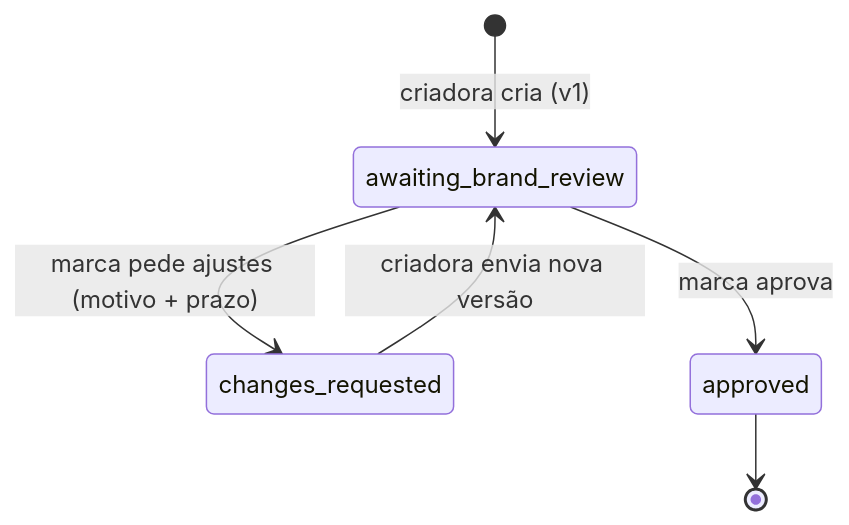
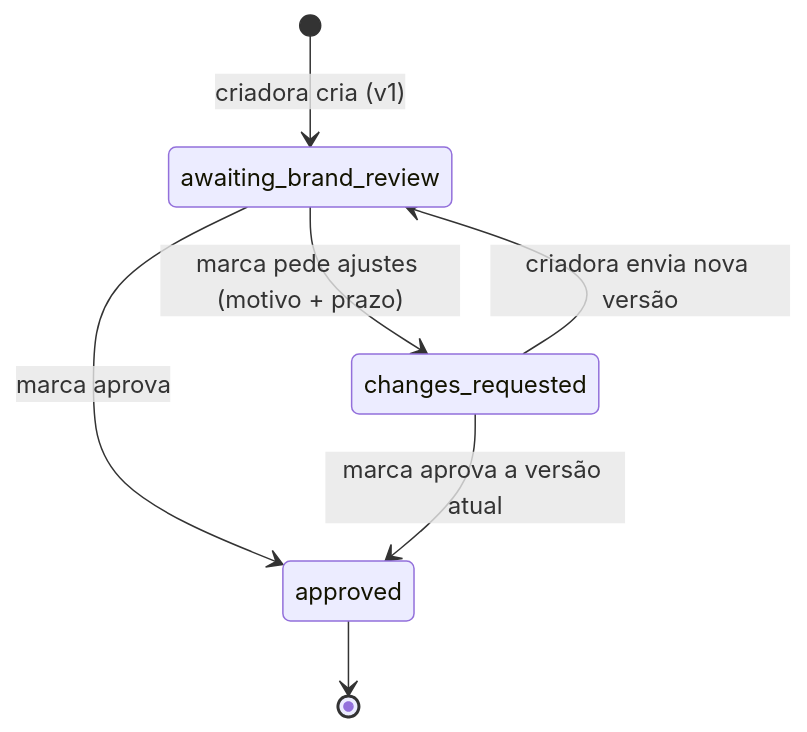
Before and after one commit to theylor999/conty-challenge-script-review: the diagram in README.md, drawn with Mermaid. The commit also changed other lines of this file, not shown here.

````diff
--- a/README.md
+++ b/README.md
@@ -22,8 +22,9 @@
 ```mermaid
 stateDiagram-v2
     [*] --> awaiting_brand_review: criadora cria (v1)
     awaiting_brand_review --> changes_requested: marca pede ajustes (motivo + prazo)
     changes_requested --> awaiting_brand_review: criadora envia nova versão
     awaiting_brand_review --> approved: marca aprova
+    changes_requested --> approved: marca aprova a versão atual
     approved --> [*]
 ```
````
